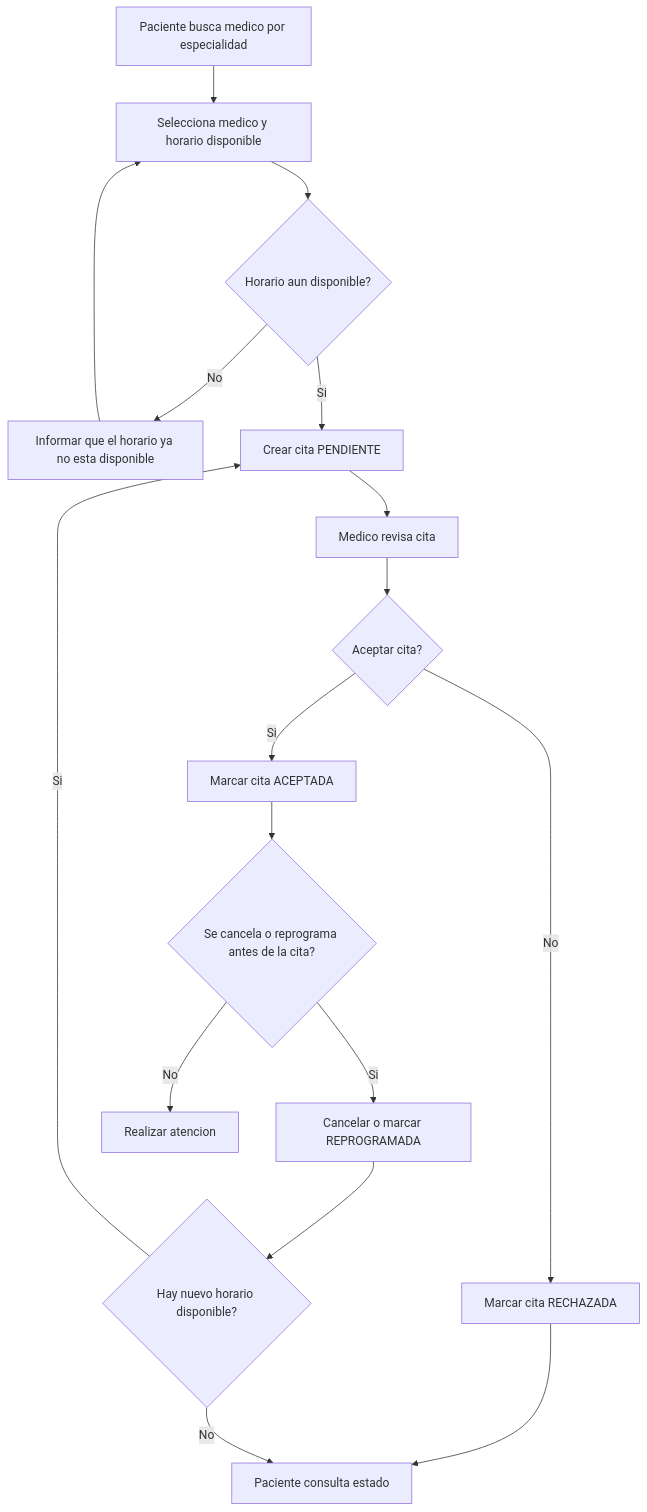
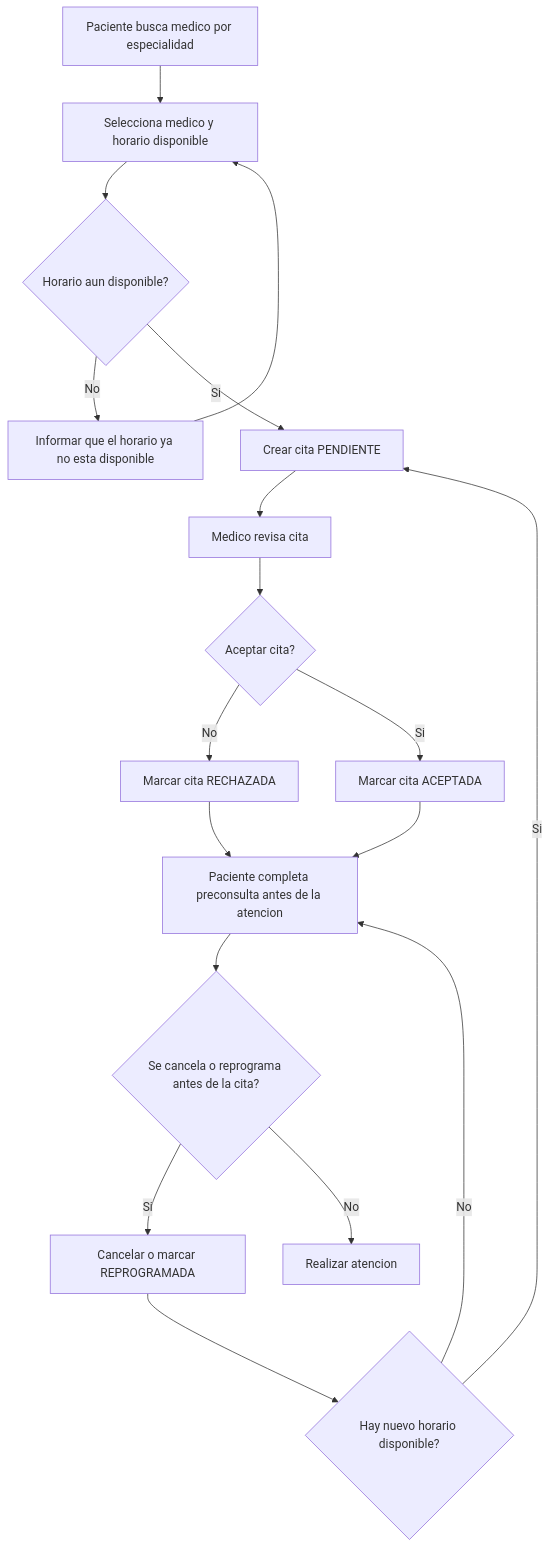
One commit to ivaaa546/clinica-inteligente changed the first of 2 diagrams in docs/02-diseno/004-diagrama-actividades.md. Above: the diagram before and after it, drawn with Mermaid. The commit also changed other lines of this file and 11 other files, not shown here.

````diff
--- a/docs/02-diseno/004-diagrama-actividades.md
+++ b/docs/02-diseno/004-diagrama-actividades.md
@@ -6,19 +6,20 @@
 ```mermaid
 flowchart TD
     A[Paciente busca medico por especialidad] --> B[Selecciona medico y horario disponible]
     B --> C{Horario aun disponible?}
     C -- No --> D[Informar que el horario ya no esta disponible]
     D --> B
     C -- Si --> E[Crear cita PENDIENTE]
     E --> F[Medico revisa cita]
     F --> G{Aceptar cita?}
     G -- No --> H[Marcar cita RECHAZADA]
     G -- Si --> I[Marcar cita ACEPTADA]
     H --> J[Paciente consulta estado]
-    I --> K{Se cancela o reprograma antes de la cita?}
+    I --> J[Paciente completa preconsulta antes de la atencion]
+    J --> K{Se cancela o reprograma antes de la cita?}
     K -- Si --> L[Cancelar o marcar REPROGRAMADA]
     L --> M{Hay nuevo horario disponible?}
     M -- Si --> E
     M -- No --> J
     K -- No --> N[Realizar atencion]
 ```
````
